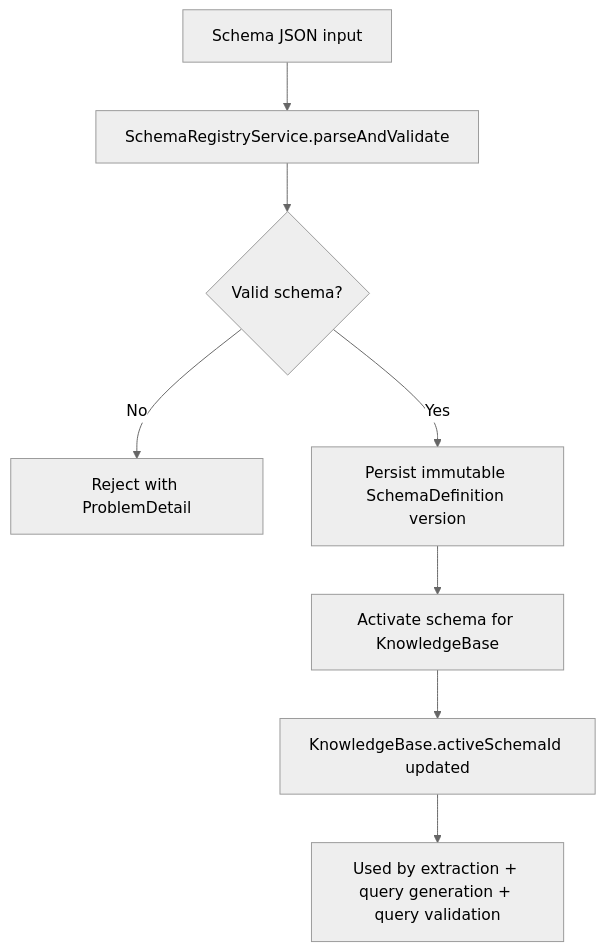
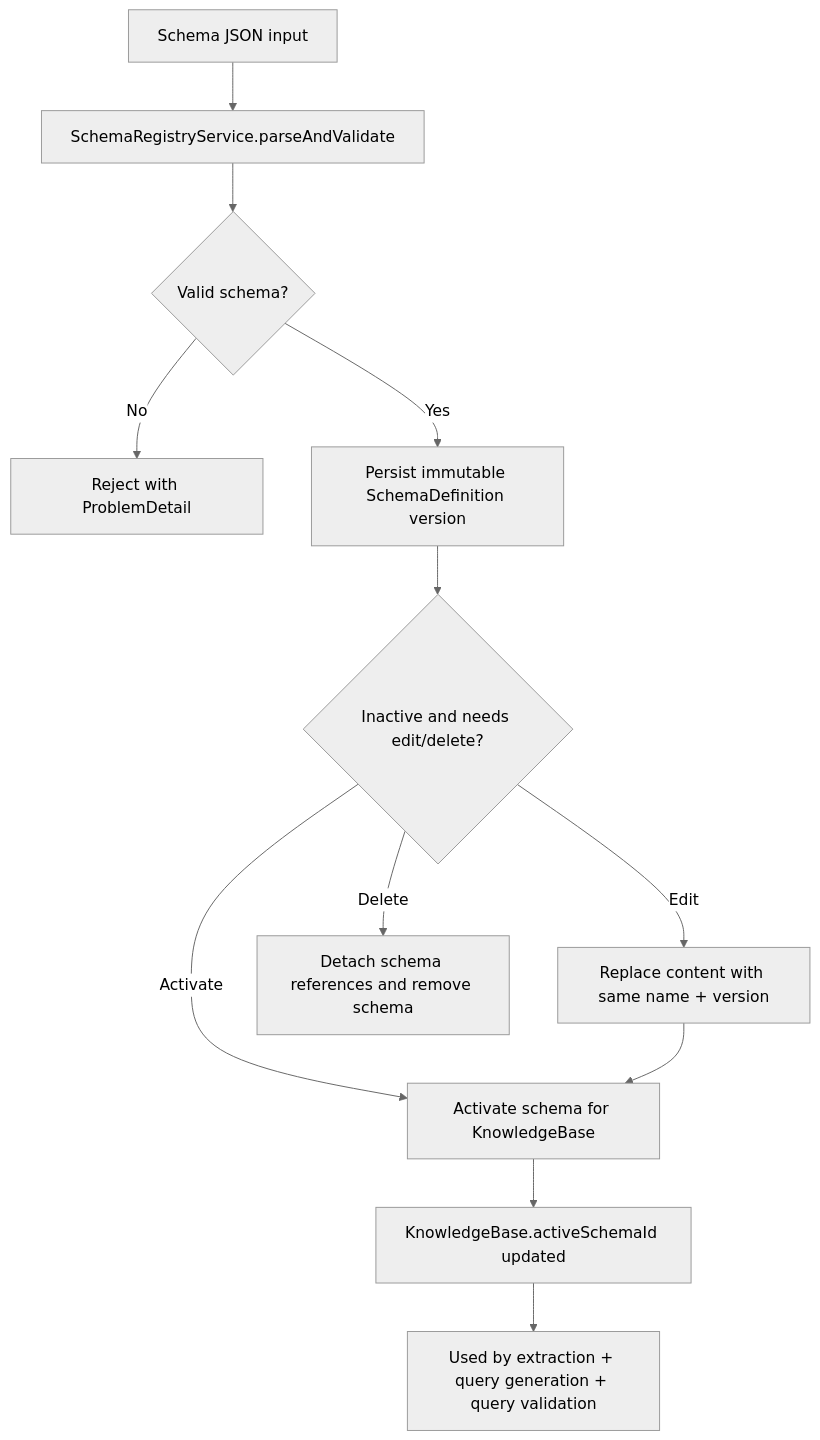
Before and after one commit to vfedoriv/graphrag: the first of 3 diagrams in README.md, drawn with Mermaid (neutral theme). The commit also changed other lines of this file and 2 other files, not shown here.

````diff
--- a/README.md
+++ b/README.md
@@ -99,10 +101,14 @@
 ```mermaid
 flowchart TD
     A[Schema JSON input] --> B[SchemaRegistryService.parseAndValidate]
     B --> C{Valid schema?}
     C -- No --> D[Reject with ProblemDetail]
     C -- Yes --> E[Persist immutable SchemaDefinition version]
-    E --> F[Activate schema for KnowledgeBase]
-    F --> G[KnowledgeBase.activeSchemaId updated]
-    G --> H[Used by extraction + query generation + query validation]
+    E --> F{Inactive and needs edit/delete?}
+    F -- Edit --> I[Replace content with same name + version]
+    F -- Delete --> J[Detach schema references and remove schema]
+    F -- Activate --> G[Activate schema for KnowledgeBase]
+    I --> G
+    G --> H[KnowledgeBase.activeSchemaId updated]
+    H --> K[Used by extraction + query generation + query validation]
 ```
````
